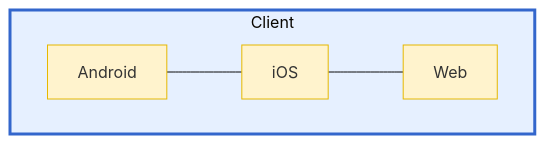
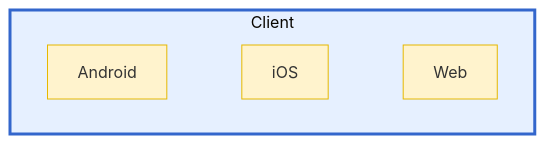
One commit to KmnPetr/SysDesign changed the first of 4 diagrams in architecture.md. Above: the diagram before and after it, drawn with Mermaid (base theme). The commit also changed other lines of this file, not shown here.

````diff
--- a/architecture.md
+++ b/architecture.md
@@ -3,17 +5,21 @@
 ```mermaid
 graph LR
     subgraph CLIENT["Client"]
         direction LR
         ANDROID[Android]
         IOS[iOS]
         WEB[Web]
 
         ANDROID --- IOS
         IOS --- WEB
     end
 
+    %% скрываем линии
+    linkStyle 0 stroke-width:0
+    linkStyle 1 stroke-width:0
+
     style CLIENT fill:#e6f0ff,stroke:#3366cc,stroke-width:3px
     style ANDROID fill:#fff3cd,stroke:#e6b800,stroke-width:1px
     style IOS fill:#fff3cd,stroke:#e6b800,stroke-width:1px
     style WEB fill:#fff3cd,stroke:#e6b800,stroke-width:1px
 ```
````
